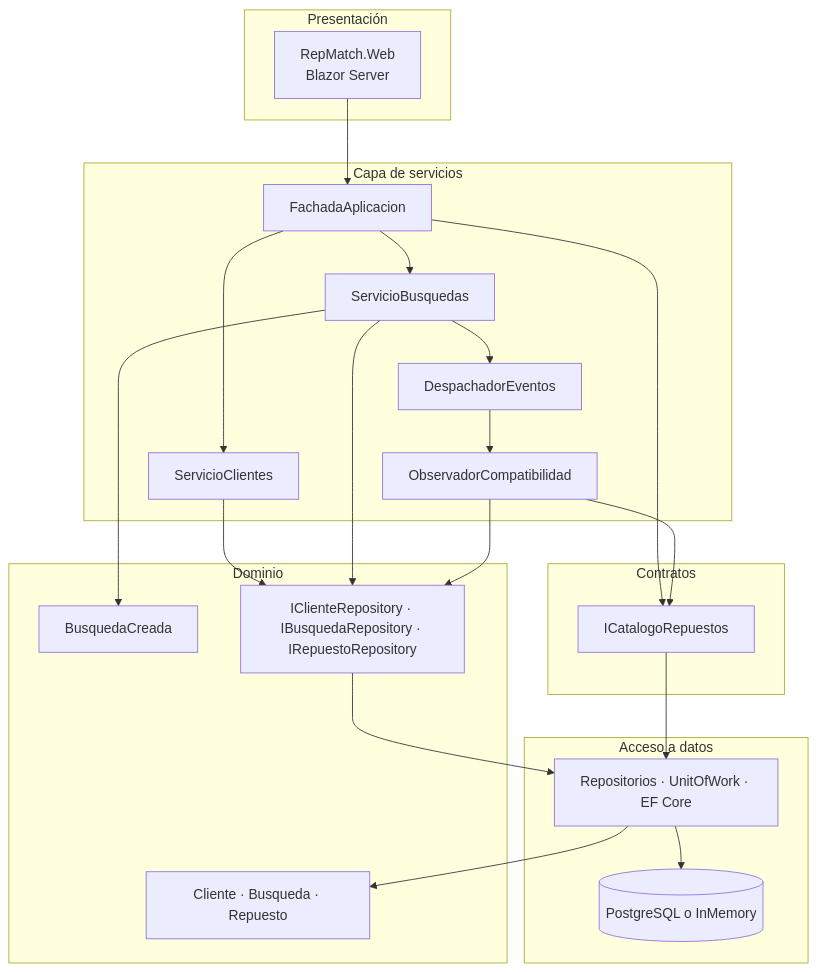
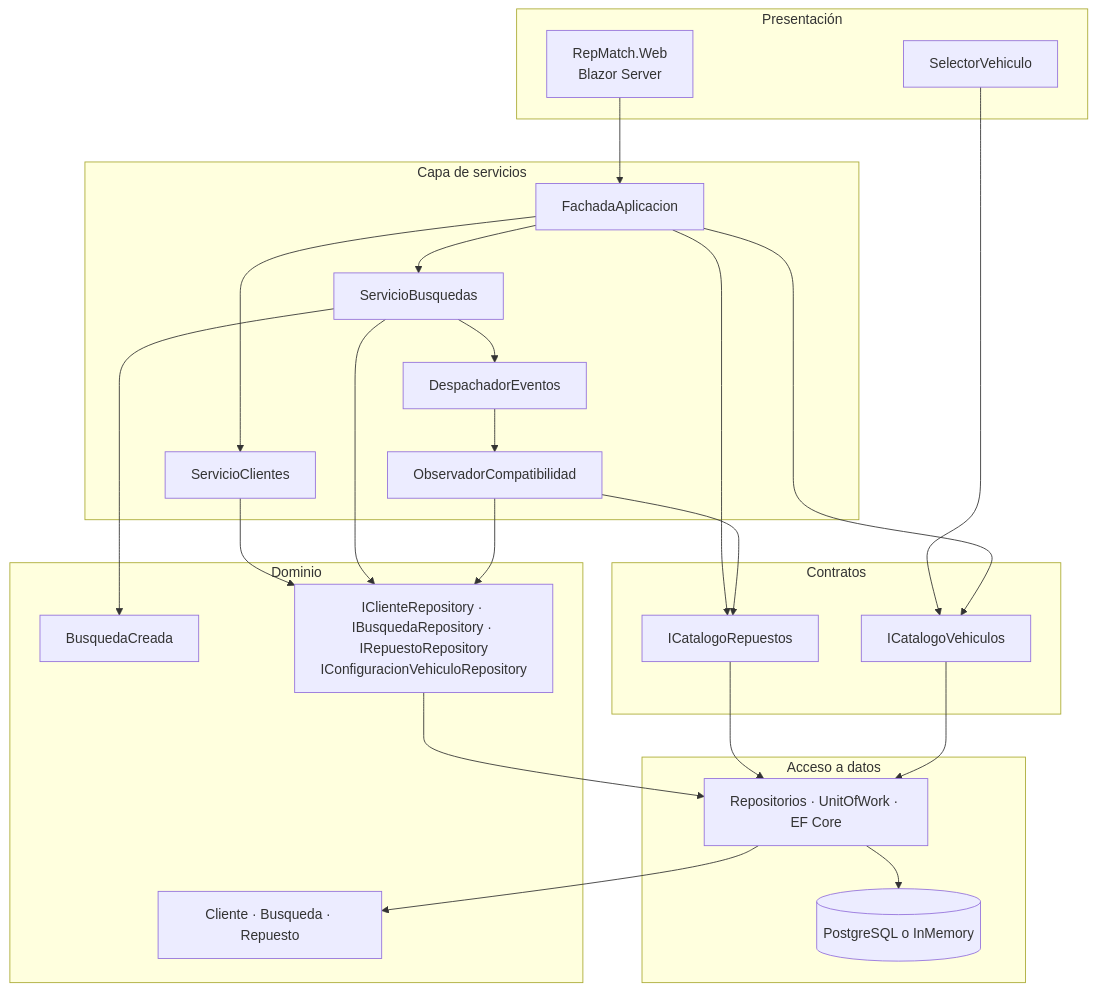
Before and after one commit to lfb-00/tp-apps-2: the diagram in docs/diagramas/capas.md, drawn with Mermaid. The commit also changed other lines of this file and 2 other files, not shown here.

````diff
--- a/docs/diagramas/capas.md
+++ b/docs/diagramas/capas.md
@@ -6,45 +6,50 @@
 ```mermaid
 flowchart TB
     subgraph presentacion["Presentación"]
         WEB["RepMatch.Web<br/>Blazor Server"]
+        SEL["SelectorVehiculo"]
     end
 
     subgraph servicios["Capa de servicios"]
         FAC["FachadaAplicacion"]
         SC["ServicioClientes"]
         SB["ServicioBusquedas"]
         DES["DespachadorEventos"]
         OBS["ObservadorCompatibilidad"]
     end
 
     subgraph contratos["Contratos"]
         IC["ICatalogoRepuestos"]
+        ICV["ICatalogoVehiculos"]
     end
 
     subgraph dominio["Dominio"]
         ENT["Cliente · Busqueda · Repuesto"]
         EV["BusquedaCreada"]
-        REPO["IClienteRepository · IBusquedaRepository · IRepuestoRepository"]
+        REPO["IClienteRepository · IBusquedaRepository · IRepuestoRepository<br/>IConfiguracionVehiculoRepository"]
     end
 
     subgraph datos["Acceso a datos"]
         PER["Repositorios · UnitOfWork · EF Core"]
         BD[("PostgreSQL o InMemory")]
     end
 
     WEB --> FAC
+    SEL --> ICV
     FAC --> SC
     FAC --> SB
     FAC --> IC
+    FAC --> ICV
     SB --> DES
     DES --> OBS
     OBS --> IC
     SC --> REPO
     SB --> REPO
     OBS --> REPO
     SB --> EV
     IC --> PER
+    ICV --> PER
     REPO --> PER
     PER --> ENT
     PER --> BD
 ```
````
